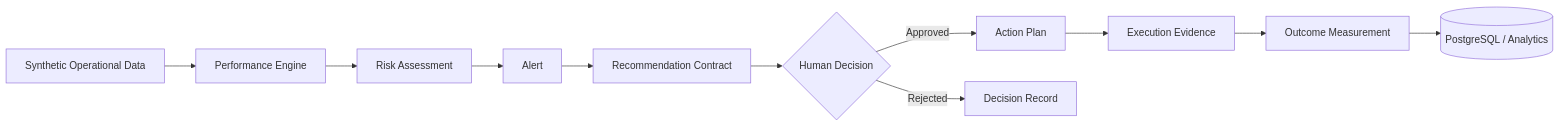
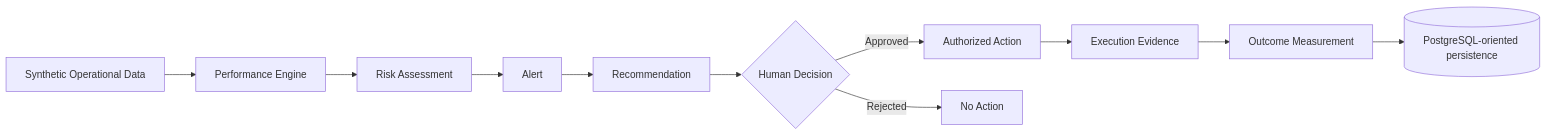
The diagram in README.md (ReneCru/supply-chain-digital-control-tower-2.0), drawn with Mermaid before and after one commit. The commit also changed other lines of this file, not shown here.

````diff
--- a/README.md
+++ b/README.md
@@ -55,13 +45,13 @@
 ```mermaid
 flowchart LR
     A[Synthetic Operational Data] --> B[Performance Engine]
     B --> C[Risk Assessment]
     C --> D[Alert]
-    D --> E[Recommendation Contract]
+    D --> E[Recommendation]
     E --> F{Human Decision}
-    F -->|Approved| G[Action Plan]
-    F -->|Rejected| H[Decision Record]
+    F -->|Approved| G[Authorized Action]
+    F -->|Rejected| H[No Action]
     G --> I[Execution Evidence]
     I --> J[Outcome Measurement]
-    J --> K[(PostgreSQL / Analytics)]
+    J --> K[(PostgreSQL-oriented persistence)]
 ```
````
